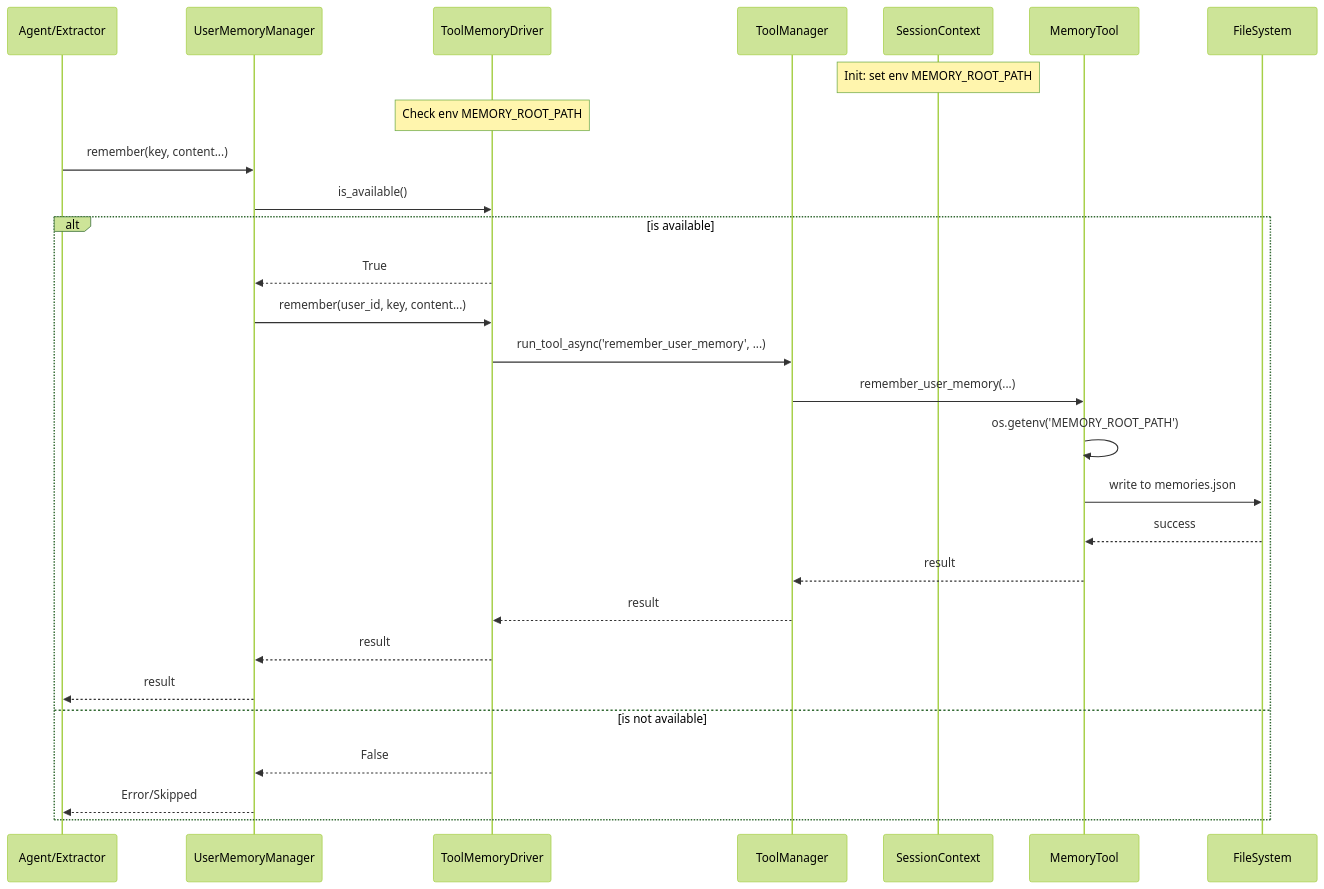
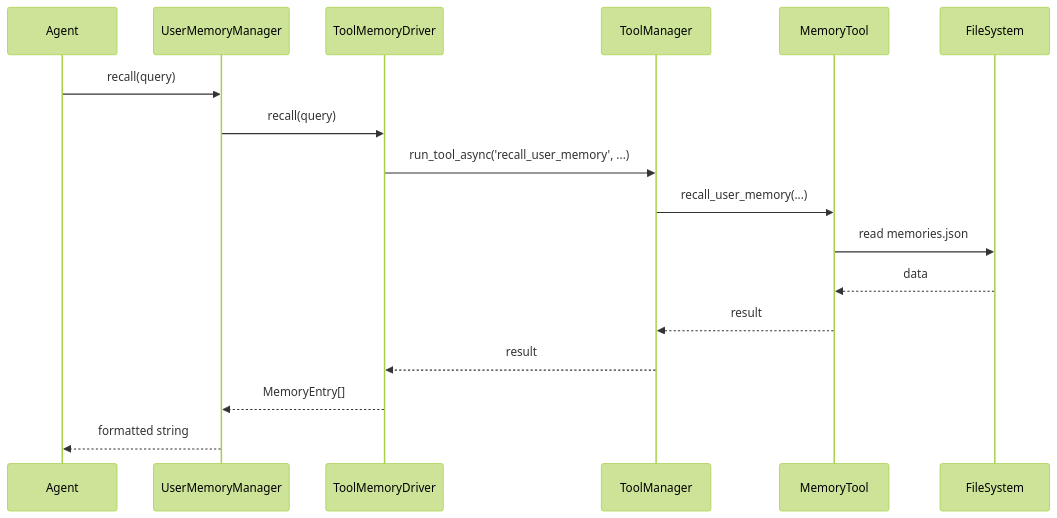
The diagram in sagents/context/user_memory/README.md (ZHangZHengEric/Sage), drawn with Mermaid (forest theme) before and after one commit. The commit also changed other lines of this file and 8 other files, not shown here.

````diff
--- a/sagents/context/user_memory/README.md
+++ b/sagents/context/user_memory/README.md
@@ -60,33 +55,20 @@
 ```mermaid
 sequenceDiagram
-    participant Agent/Extractor
+    participant Agent
     participant UserMemoryManager
     participant ToolMemoryDriver
     participant ToolManager
-    participant SessionContext
     participant MemoryTool
     participant FileSystem
 
-    Note over SessionContext: Init: set env MEMORY_ROOT_PATH
-    Note over ToolMemoryDriver: Check env MEMORY_ROOT_PATH
-
-    Agent/Extractor->>UserMemoryManager: remember(key, content...)
-    UserMemoryManager->>ToolMemoryDriver: is_available()
-    
-    alt is available
-        ToolMemoryDriver-->>UserMemoryManager: True
-        UserMemoryManager->>ToolMemoryDriver: remember(user_id, key, content...)
-        ToolMemoryDriver->>ToolManager: run_tool_async('remember_user_memory', ...)
-        ToolManager->>MemoryTool: remember_user_memory(...)
-        MemoryTool->>MemoryTool: os.getenv('MEMORY_ROOT_PATH')
-        MemoryTool->>FileSystem: write to memories.json
-        FileSystem-->>MemoryTool: success
-        MemoryTool-->>ToolManager: result
-        ToolManager-->>ToolMemoryDriver: result
-        ToolMemoryDriver-->>UserMemoryManager: result
-        UserMemoryManager-->>Agent/Extractor: result
-    else is not available
-        ToolMemoryDriver-->>UserMemoryManager: False
-        UserMemoryManager-->>Agent/Extractor: Error/Skipped
-    end
+    Agent->>UserMemoryManager: recall(query)
+    UserMemoryManager->>ToolMemoryDriver: recall(query)
+    ToolMemoryDriver->>ToolManager: run_tool_async('recall_user_memory', ...)
+    ToolManager->>MemoryTool: recall_user_memory(...)
+    MemoryTool->>FileSystem: read memories.json
+    FileSystem-->>MemoryTool: data
+    MemoryTool-->>ToolManager: result
+    ToolManager-->>ToolMemoryDriver: result
+    ToolMemoryDriver-->>UserMemoryManager: MemoryEntry[]
+    UserMemoryManager-->>Agent: formatted string
 ```
````
